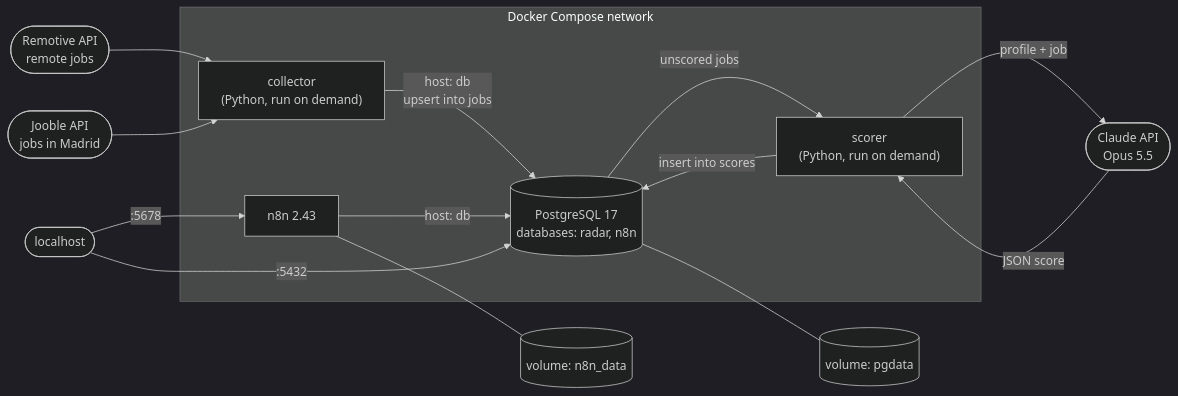
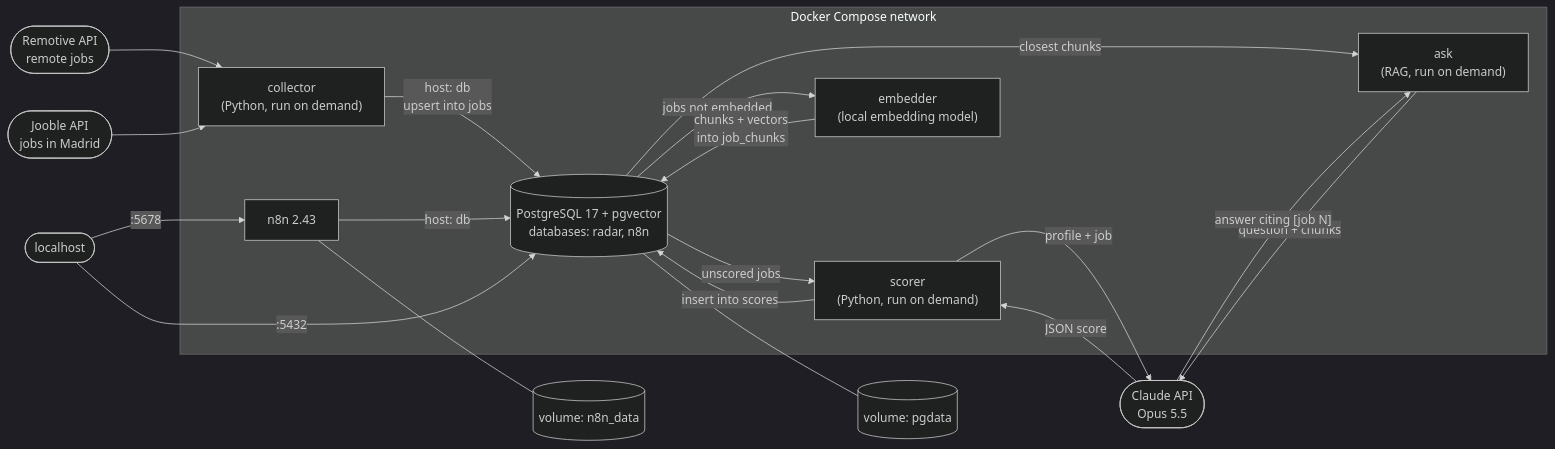
Before and after one commit to telloso/radar-empleo-ia: the diagram in README.md, drawn with Mermaid (dark theme). The commit also changed other lines of this file, not shown here.

Commit message:
Document the RAG pipeline in README

````diff
--- a/README.md
+++ b/README.md
@@ -18,21 +18,28 @@
 ```mermaid
 flowchart LR
     subgraph compose["Docker Compose network"]
         collector["collector<br/>(Python, run on demand)"]
         scorer["scorer<br/>(Python, run on demand)"]
-        db[("PostgreSQL 17<br/>databases: radar, n8n")]
+        embedder["embedder<br/>(local embedding model)"]
+        ask["ask<br/>(RAG, run on demand)"]
+        db[("PostgreSQL 17 + pgvector<br/>databases: radar, n8n")]
         n8n["n8n 2.43"]
     end
     collector -- "host: db<br/>upsert into jobs" --> db
     db -- "unscored jobs" --> scorer
     scorer -- "insert into scores" --> db
     scorer -- "profile + job" --> claude(["Claude API<br/>Opus 5.5"])
     claude -- "JSON score" --> scorer
+    db -- "jobs not embedded" --> embedder
+    embedder -- "chunks + vectors<br/>into job_chunks" --> db
+    db -- "closest chunks" --> ask
+    ask -- "question + chunks" --> claude
+    claude -- "answer citing [job N]" --> ask
     remotive(["Remotive API<br/>remote jobs"]) --> collector
     jooble(["Jooble API<br/>jobs in Madrid"]) --> collector
     n8n -- "host: db" --> db
     db --- pgdata[("volume: pgdata")]
     n8n --- n8ndata[("volume: n8n_data")]
     you(["localhost"]) -- ":5432" --> db
     you -- ":5678" --> n8n
 ```
````
